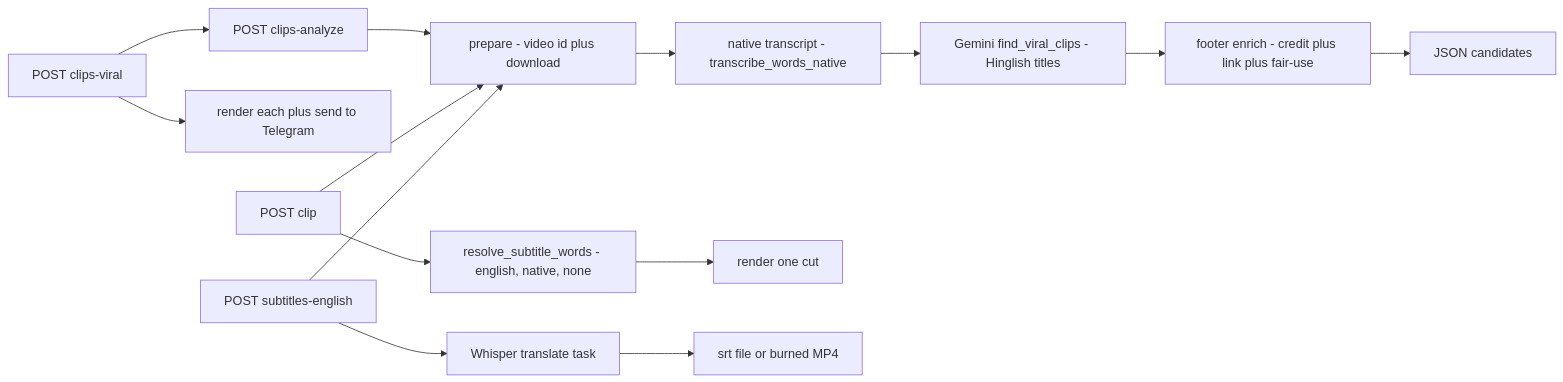
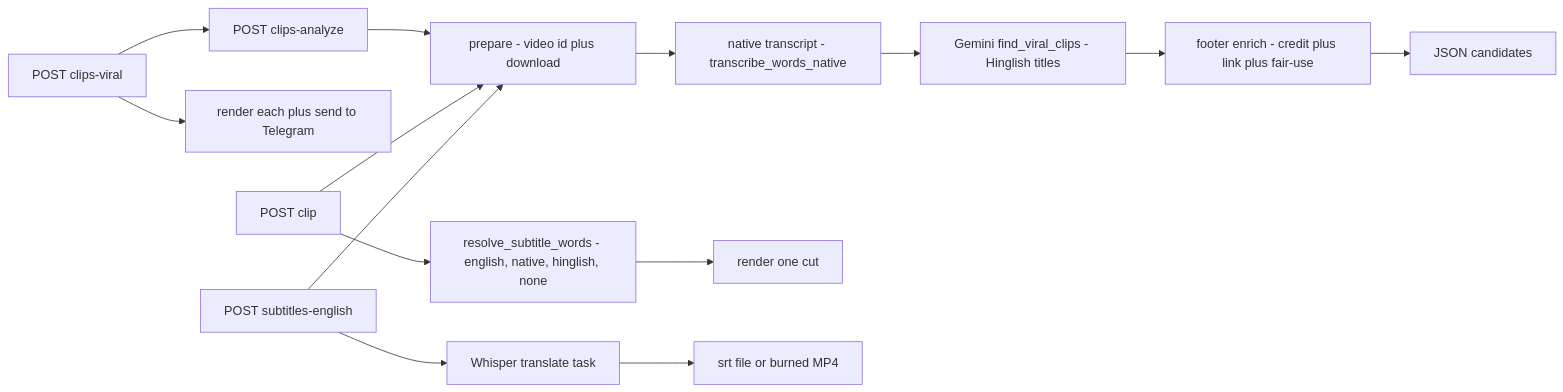
Before and after one commit to nikhilsaini93/autoclips-python: the third of 8 diagrams in docs/APP_FLOW.md, drawn with Mermaid. The commit also changed other lines of this file and 25 other files, not shown here.

````diff
--- a/docs/APP_FLOW.md
+++ b/docs/APP_FLOW.md
@@ -117,16 +117,16 @@
 ```mermaid
 flowchart LR
     A["POST clips-analyze"] --> P["prepare - video id plus download"]
     P --> N["native transcript - transcribe_words_native"]
     N --> G["Gemini find_viral_clips - Hinglish titles"]
     G --> F["footer enrich - credit plus link plus fair-use"]
     F --> J["JSON candidates"]
     V["POST clips-viral"] --> A
     V --> R["render each plus send to Telegram"]
     C["POST clip"] --> P
-    C --> S["resolve_subtitle_words - english, native, none"]
+    C --> S["resolve_subtitle_words - english, native, hinglish, none"]
     S --> R2["render one cut"]
     E["POST subtitles-english"] --> P
     E --> T["Whisper translate task"]
     T --> O["srt file or burned MP4"]
 ```
````
